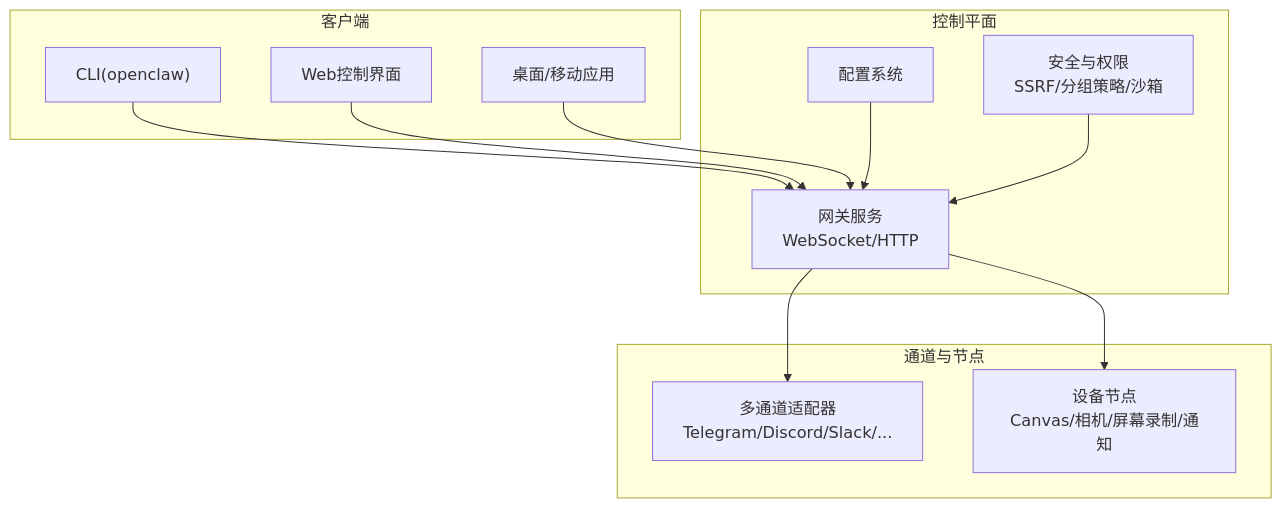
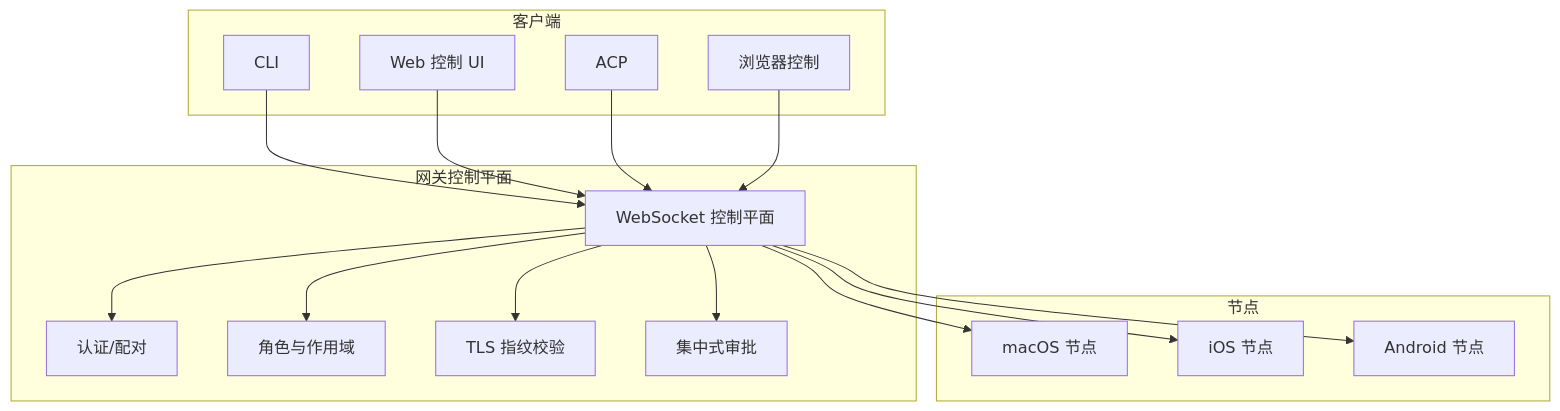
The second of 6 diagrams in repowiki/zh/content/开发者指南/开发者指南.md (botx-work/OpenClaw-Internals), drawn with Mermaid before and after one commit. The commit also changed other lines of this file and 542 other files, not shown here.

````diff
--- a/repowiki/zh/content/开发者指南/开发者指南.md
+++ b/repowiki/zh/content/开发者指南/开发者指南.md
@@ -79,24 +111,32 @@
 ```mermaid
 graph TB
-subgraph "控制平面"
-GW["网关服务<br/>WebSocket/HTTP"]
-CFG["配置系统"]
-SEC["安全与权限<br/>SSRF/分组策略/沙箱"]
+subgraph "客户端"
+CLI["CLI"]
+UI["Web 控制 UI"]
+ACP["ACP"]
+Browser["浏览器控制"]
 end
-subgraph "客户端"
-CLI["CLI(openclaw)"]
-UI["Web控制界面"]
-APP["桌面/移动应用"]
+subgraph "网关控制平面"
+GW_WS["WebSocket 控制平面"]
+Auth["认证/配对"]
+Roles["角色与作用域"]
+TLS["TLS 指纹校验"]
+Approvals["集中式审批"]
 end
-subgraph "通道与节点"
-CH["多通道适配器<br/>Telegram/Discord/Slack/..."]
-NODE["设备节点<br/>Canvas/相机/屏幕录制/通知"]
+subgraph "节点"
+MacNode["macOS 节点"]
+iOSNode["iOS 节点"]
+AndroidNode["Android 节点"]
 end
-CLI --> GW
-UI --> GW
-APP --> GW
-GW --> CH
-GW --> NODE
-CFG --> GW
-SEC --> GW
+CLI --> GW_WS
+UI --> GW_WS
+ACP --> GW_WS
+Browser --> GW_WS
+GW_WS --> Auth
+GW_WS --> Roles
+GW_WS --> TLS
+GW_WS --> Approvals
+GW_WS --> MacNode
+GW_WS --> iOSNode
+GW_WS --> AndroidNode
 ```
````
